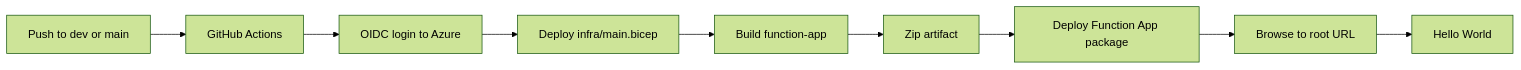
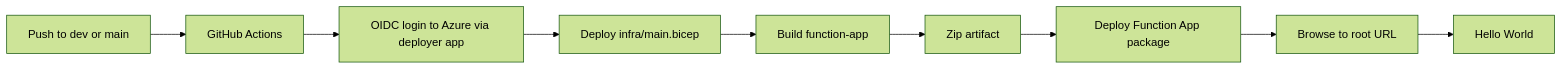
The first of 2 diagrams in knowledgeBase.md (alexCikos/azFuncTemplate), drawn with Mermaid (forest theme) before and after one commit. The commit also changed other lines of this file and 8 other files, not shown here.

Commit message:
Add CLI deployer app setup flow

````diff
--- a/knowledgeBase.md
+++ b/knowledgeBase.md
@@ -42,11 +44,11 @@
 ```mermaid
 flowchart LR
   A["Push to dev or main"] --> B["GitHub Actions"]
-  B --> C["OIDC login to Azure"]
+  B --> C["OIDC login to Azure via deployer app"]
   C --> D["Deploy infra/main.bicep"]
   D --> E["Build function-app"]
   E --> F["Zip artifact"]
   F --> G["Deploy Function App package"]
   G --> H["Browse to root URL"]
   H --> I["Hello World"]
 ```
````
